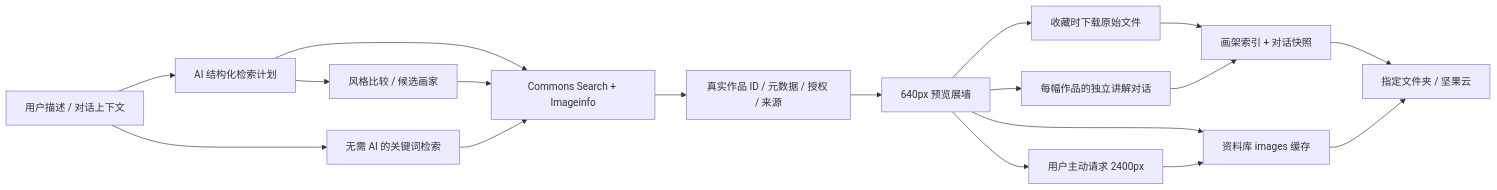
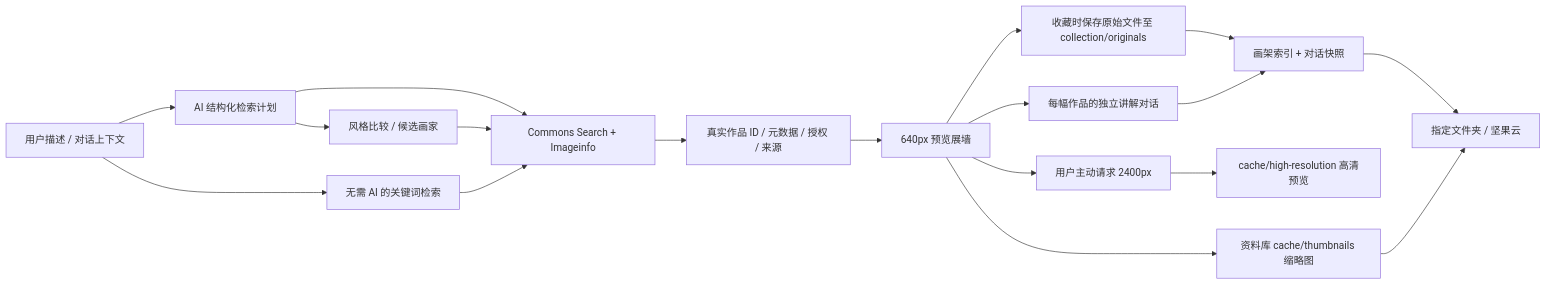
One commit to postgreenHuang/ArtGallery changed the diagram in docs/architecture.md. Above: the diagram before and after it, drawn with Mermaid. The commit also changed other lines of this file and 7 other files, not shown here.

Commit message:
Clarify original image zoom and separate gallery image storage

````diff
--- a/docs/architecture.md
+++ b/docs/architecture.md
@@ -17,20 +17,20 @@
 ```mermaid
 flowchart LR
   User[用户描述 / 对话上下文] --> Plan[AI 结构化检索计划]
   User --> Direct[无需 AI 的关键词检索]
   Plan --> Commons[Commons Search + Imageinfo]
   Plan --> Recommend[风格比较 / 候选画家]
   Recommend --> Commons
   Direct --> Commons
   Commons --> Normalize[真实作品 ID / 元数据 / 授权 / 来源]
   Normalize --> Gallery[640px 预览展墙]
-  Gallery --> Cache[资料库 images 缓存]
+  Gallery --> Cache[资料库 cache/thumbnails 缩略图]
   Gallery --> HD[用户主动请求 2400px]
-  HD --> Cache
+  HD --> Preview[cache/high-resolution 高清预览]
   Gallery --> Explain[每幅作品的独立讲解对话]
-  Gallery --> Original[收藏时下载原始文件]
+  Gallery --> Original[收藏时保存原始文件至 collection/originals]
   Original --> Save[画架索引 + 对话快照]
   Explain --> Save
   Save --> Folder[指定文件夹 / 坚果云]
   Cache --> Folder
 ```
````
